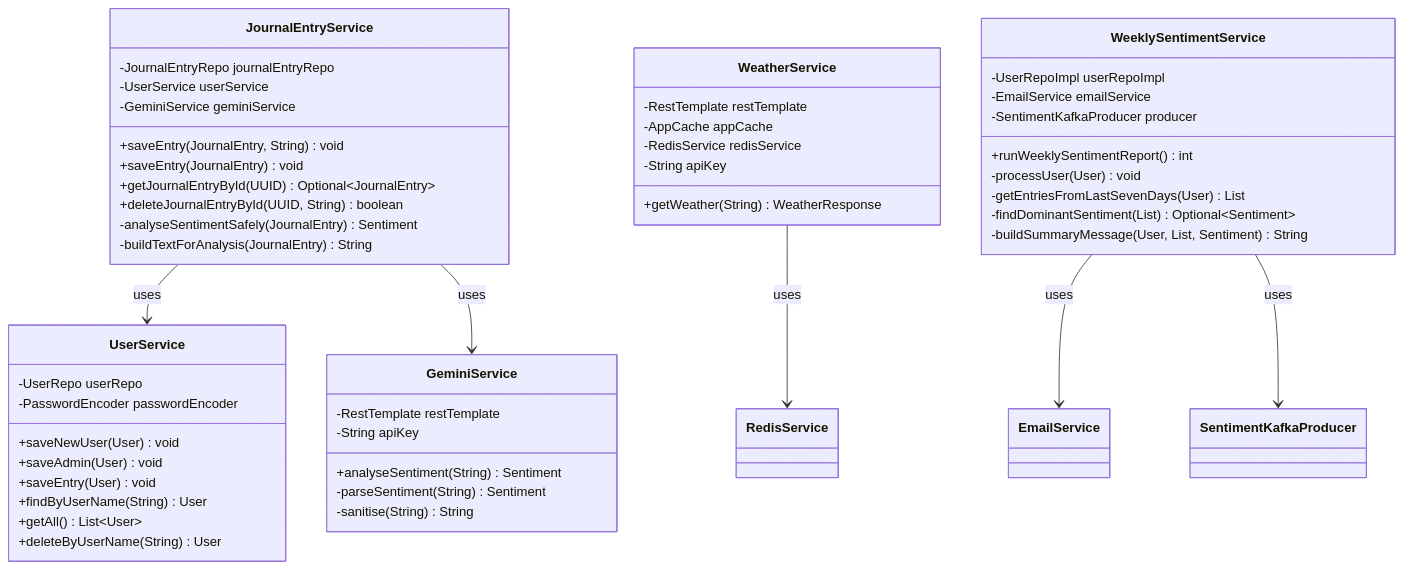
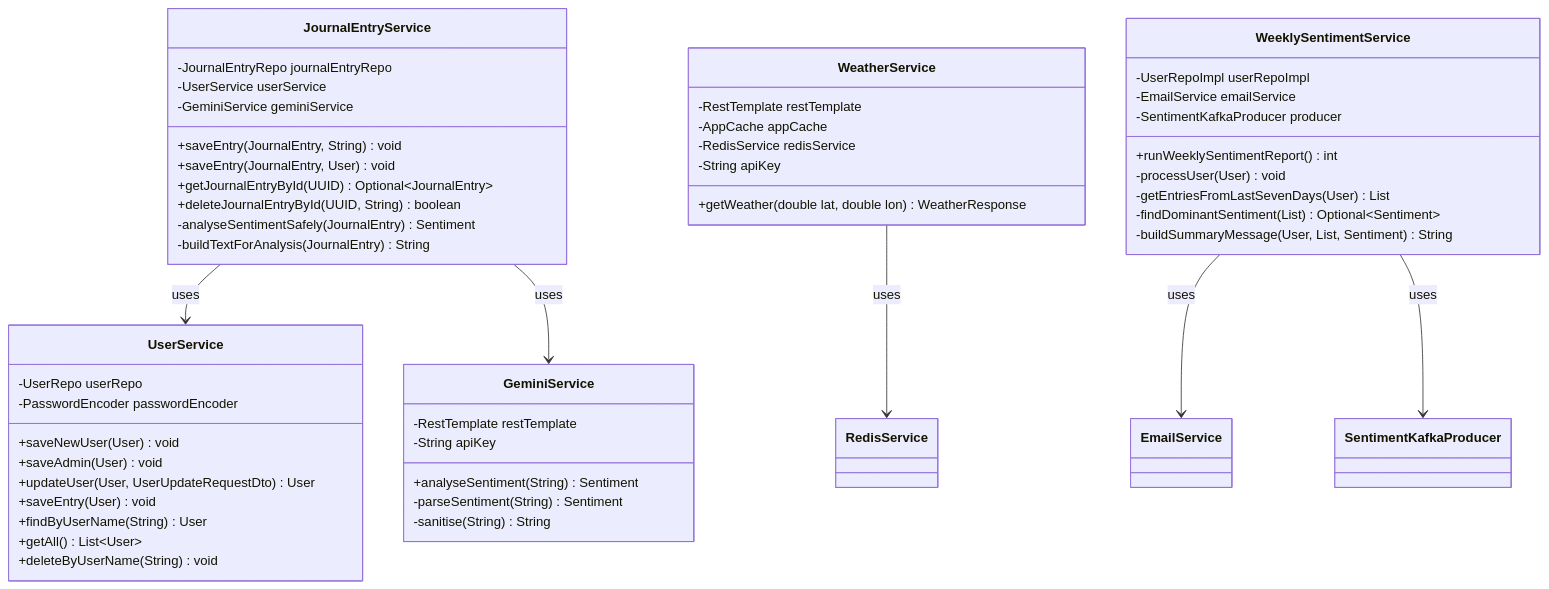
Before and after one commit to trishal13/journalApp: the fourth of 11 diagrams in JournalApp_LLD.md, drawn with Mermaid. The commit also changed other lines of this file and 12 other files, not shown here.

Commit message:
updated unit test cases and hld, lld, flowchart and postman collection

````diff
--- a/JournalApp_LLD.md
+++ b/JournalApp_LLD.md
@@ -115,58 +115,59 @@
 ```mermaid
 classDiagram
     class UserService {
         -UserRepo userRepo
         -PasswordEncoder passwordEncoder
         +saveNewUser(User) void
         +saveAdmin(User) void
+        +updateUser(User, UserUpdateRequestDto) User
         +saveEntry(User) void
         +findByUserName(String) User
         +getAll() List~User~
-        +deleteByUserName(String) User
+        +deleteByUserName(String) void
     }
 
     class JournalEntryService {
         -JournalEntryRepo journalEntryRepo
         -UserService userService
         -GeminiService geminiService
         +saveEntry(JournalEntry, String) void
-        +saveEntry(JournalEntry) void
+        +saveEntry(JournalEntry, User) void
         +getJournalEntryById(UUID) Optional~JournalEntry~
         +deleteJournalEntryById(UUID, String) boolean
         -analyseSentimentSafely(JournalEntry) Sentiment
         -buildTextForAnalysis(JournalEntry) String
     }
 
     class GeminiService {
         -RestTemplate restTemplate
         -String apiKey
         +analyseSentiment(String) Sentiment
         -parseSentiment(String) Sentiment
         -sanitise(String) String
     }
 
     class WeatherService {
         -RestTemplate restTemplate
         -AppCache appCache
         -RedisService redisService
         -String apiKey
-        +getWeather(String) WeatherResponse
+        +getWeather(double lat, double lon) WeatherResponse
     }
 
     class WeeklySentimentService {
         -UserRepoImpl userRepoImpl
         -EmailService emailService
         -SentimentKafkaProducer producer
         +runWeeklySentimentReport() int
         -processUser(User) void
         -getEntriesFromLastSevenDays(User) List
         -findDominantSentiment(List) Optional~Sentiment~
         -buildSummaryMessage(User, List, Sentiment) String
     }
 
     JournalEntryService --> UserService : uses
     JournalEntryService --> GeminiService : uses
     WeatherService --> RedisService : uses
     WeeklySentimentService --> EmailService : uses
     WeeklySentimentService --> SentimentKafkaProducer : uses
 ```
````
